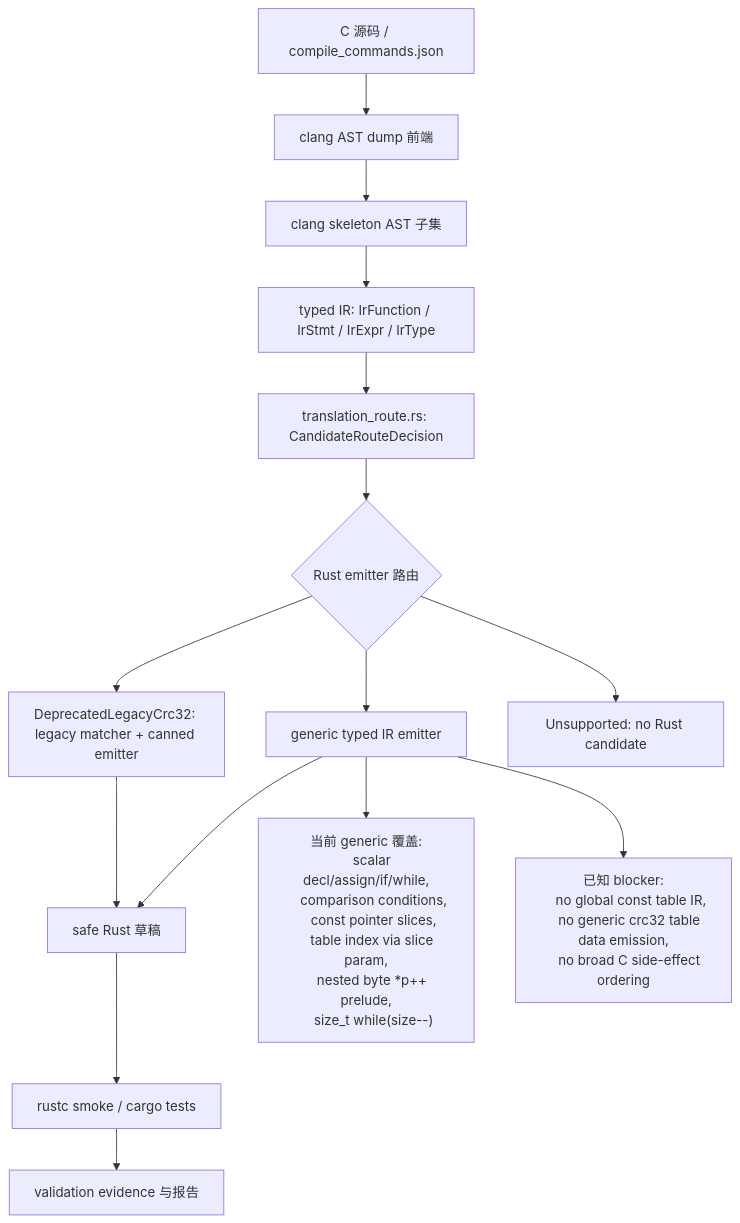
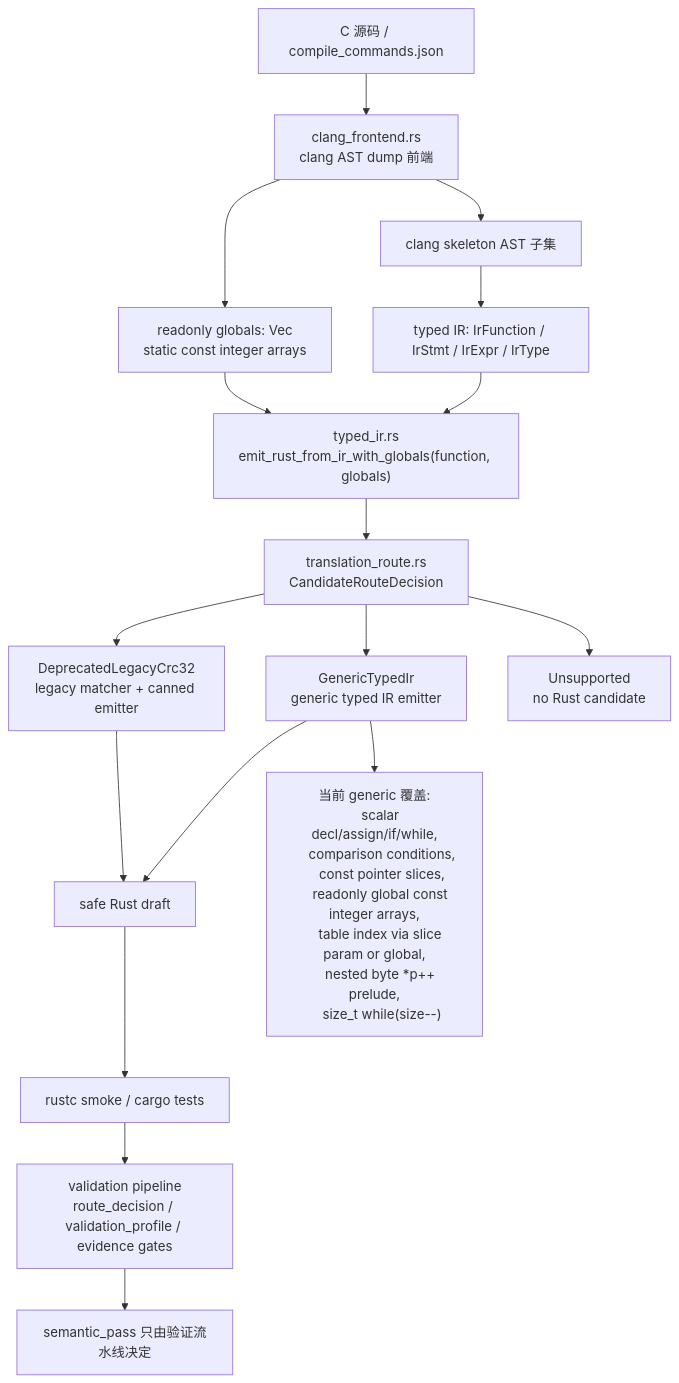
Before and after one commit to guoqihan342-svg/c-to-rust: the diagram in docs/c2rust-migration-agent/core-translation-architecture.md, drawn with Mermaid. The commit also changed other lines of this file and 8 other files, not shown here.

Commit message:
Add readonly global table typed IR path

````diff
--- a/docs/c2rust-migration-agent/core-translation-architecture.md
+++ b/docs/c2rust-migration-agent/core-translation-architecture.md
@@ -7,27 +7,27 @@
 ```mermaid
 flowchart TD
-    C["C 源码 / compile_commands.json"] --> Clang["clang AST dump 前端"]
+    C["C 源码 / compile_commands.json"] --> Clang["clang_frontend.rs<br/>clang AST dump 前端"]
     Clang --> Skeleton["clang skeleton AST 子集"]
     Skeleton --> IR["typed IR: IrFunction / IrStmt / IrExpr / IrType"]
-    IR --> RouteMeta["translation_route.rs: CandidateRouteDecision"]
-    RouteMeta --> Emitter{"Rust emitter 路由"}
-    Emitter --> Generic["generic typed IR emitter"]
-    Emitter --> Canned["DeprecatedLegacyCrc32: legacy matcher + canned emitter"]
-    Emitter --> Unsupported["Unsupported: no Rust candidate"]
-    Generic --> Rust["safe Rust 草稿"]
+    Clang --> Globals["readonly globals: Vec<IrGlobal><br/>static const integer arrays"]
+    IR --> EmitCtx["typed_ir.rs<br/>emit_rust_from_ir_with_globals(function, globals)"]
+    Globals --> EmitCtx
+    EmitCtx --> RouteMeta["translation_route.rs<br/>CandidateRouteDecision"]
+    RouteMeta --> Generic["GenericTypedIr<br/>generic typed IR emitter"]
+    RouteMeta --> Canned["DeprecatedLegacyCrc32<br/>legacy matcher + canned emitter"]
+    RouteMeta --> Unsupported["Unsupported<br/>no Rust candidate"]
+    Generic --> Rust["safe Rust draft"]
     Canned --> Rust
     Rust --> Rustc["rustc smoke / cargo tests"]
-    Rustc --> Evidence["validation evidence 与报告"]
+    Rustc --> Validation["validation pipeline<br/>route_decision / validation_profile / evidence gates"]
 
     Generic --> Supported["当前 generic 覆盖:
     scalar decl/assign/if/while,
     comparison conditions,
     const pointer slices,
-    table index via slice param,
+    readonly global const integer arrays,
+    table index via slice param or global,
     nested byte *p++ prelude,
     size_t while(size--)"]
-    Generic --> Blocked["已知 blocker:
-    no global const table IR,
-    no generic crc32 table data emission,
-    no broad C side-effect ordering"]
+    Validation --> Semantic["semantic_pass 只由验证流水线决定"]
 ```
````
